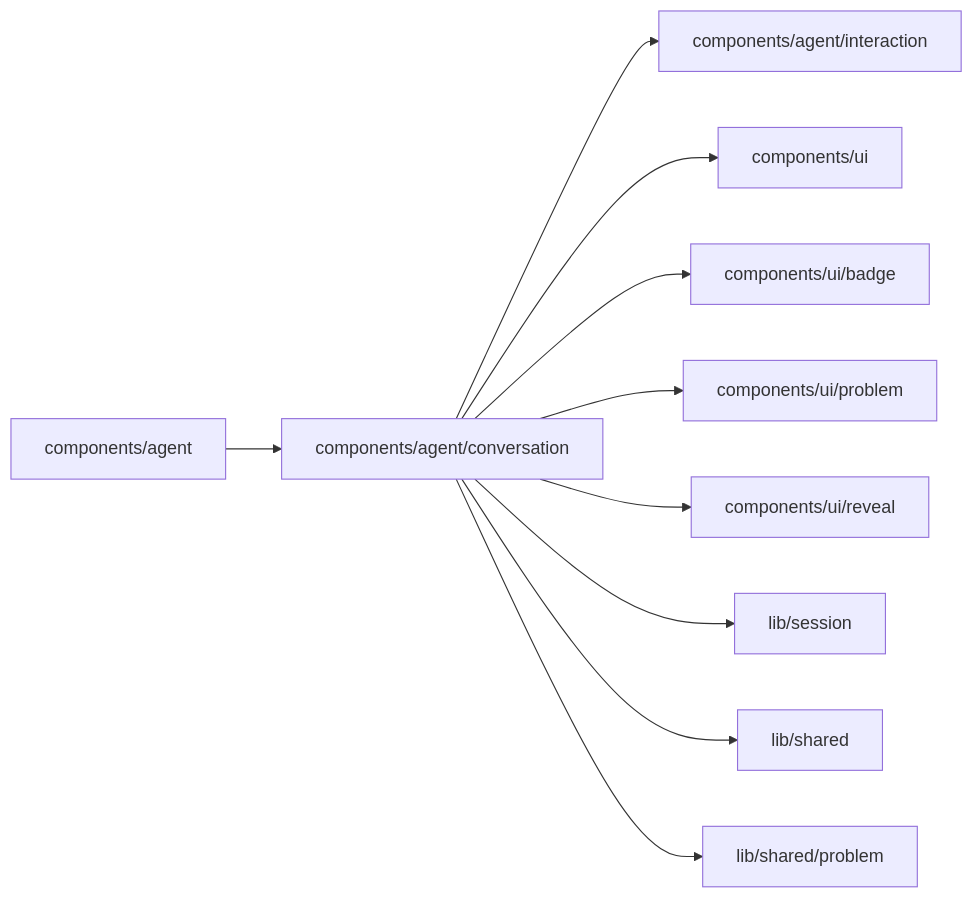
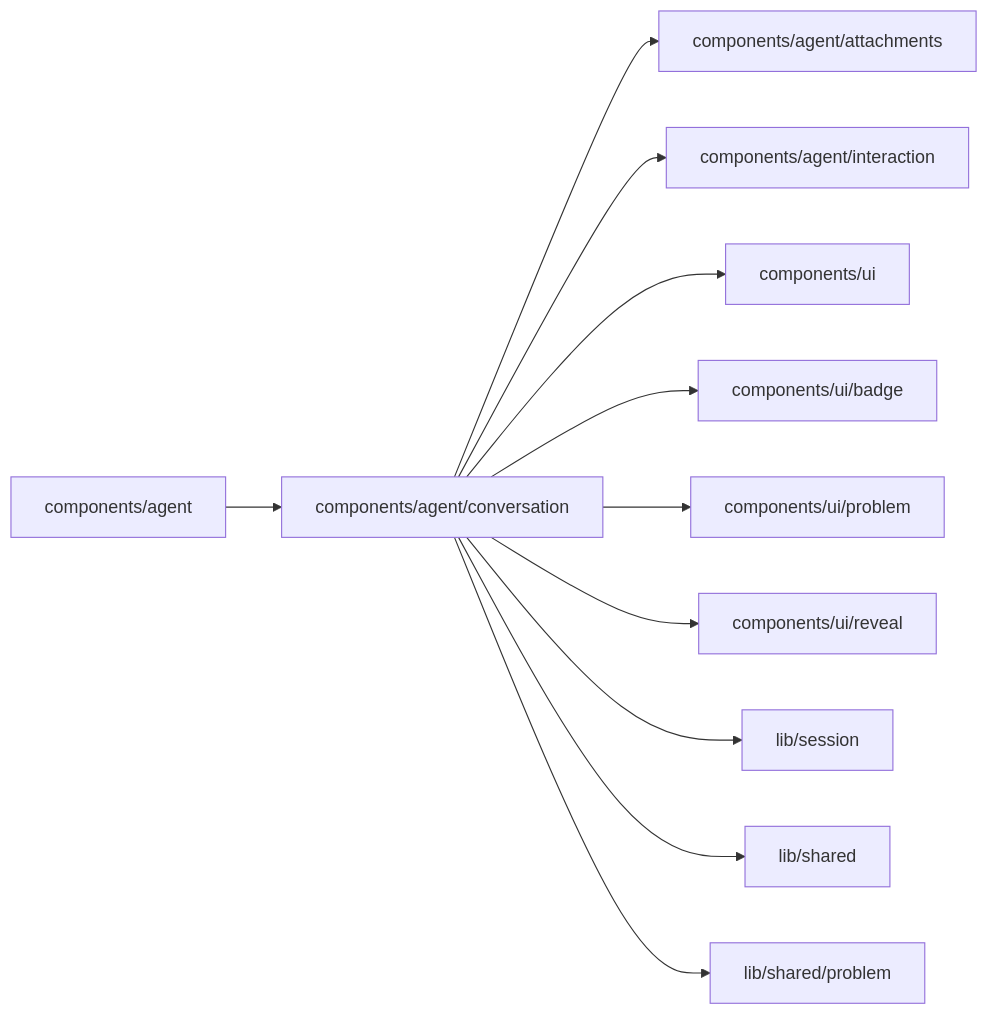
Before and after one commit to superdurable/superverse: the diagram in web/studio/components/agent/conversation/README.md, drawn with Mermaid. The commit also changed other lines of this file and 259 other files, not shown here.

````diff
--- a/web/studio/components/agent/conversation/README.md
+++ b/web/studio/components/agent/conversation/README.md
@@ -10,13 +10,14 @@
 ```mermaid
 flowchart LR
   self["components/agent/conversation"]
   c0["components/agent"] --> self
-  self --> d0["components/agent/interaction"]
-  self --> d1["components/ui"]
-  self --> d2["components/ui/badge"]
-  self --> d3["components/ui/problem"]
-  self --> d4["components/ui/reveal"]
-  self --> d5["lib/session"]
-  self --> d6["lib/shared"]
-  self --> d7["lib/shared/problem"]
+  self --> d0["components/agent/attachments"]
+  self --> d1["components/agent/interaction"]
+  self --> d2["components/ui"]
+  self --> d3["components/ui/badge"]
+  self --> d4["components/ui/problem"]
+  self --> d5["components/ui/reveal"]
+  self --> d6["lib/session"]
+  self --> d7["lib/shared"]
+  self --> d8["lib/shared/problem"]
 ```
````
